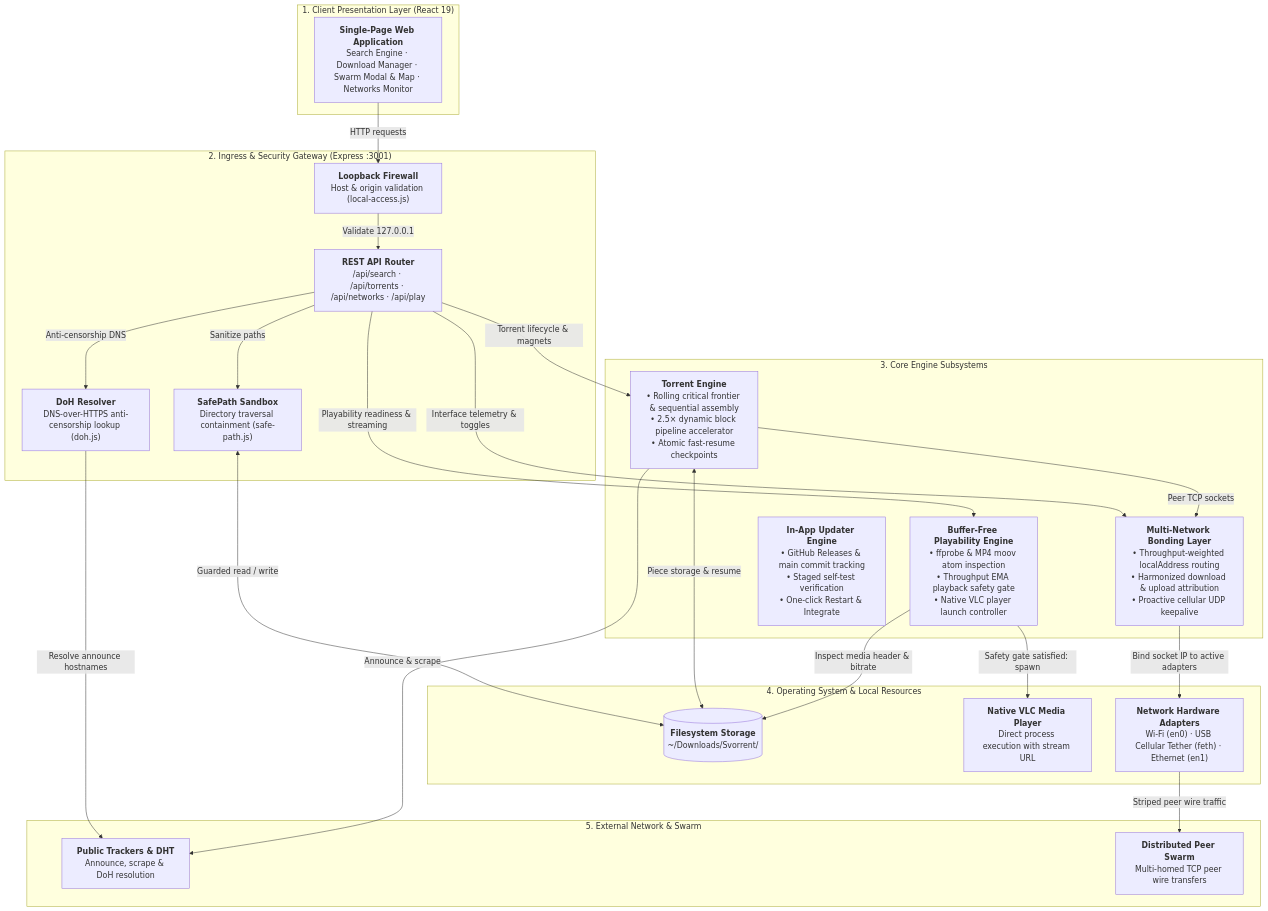
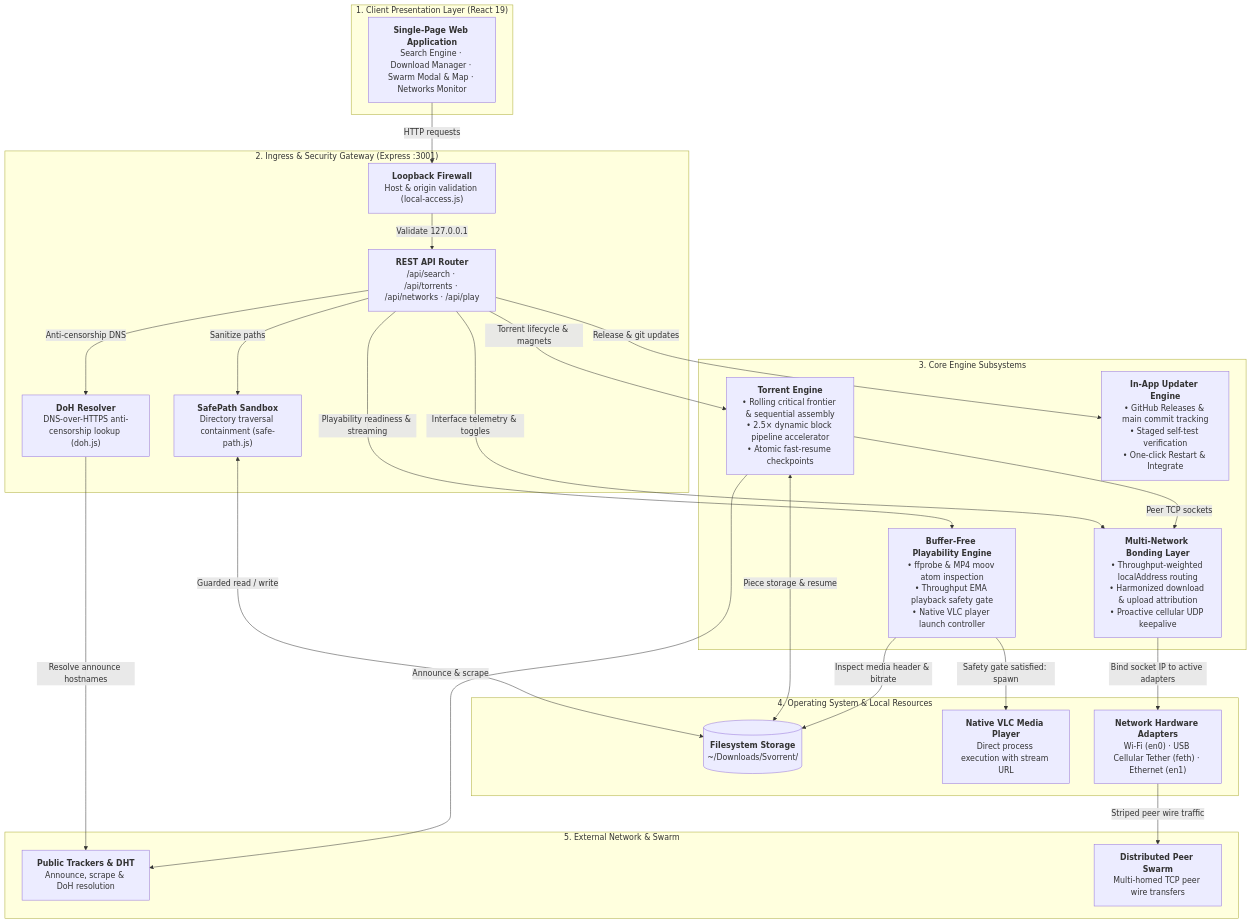
The diagram in README.md (AdhishXD/svorrent), drawn with Mermaid before and after one commit. The commit also changed other lines of this file, not shown here.

Commit message:
docs: sync architecture tree and system diagram connections (#53)

````diff
--- a/README.md
+++ b/README.md
@@ -210,56 +212,57 @@
 ```mermaid
 flowchart TD
     subgraph Client["1. Client Presentation Layer (React 19)"]
         UI["<b>Single-Page Web Application</b><br/>Search Engine · Download Manager · Swarm Modal & Map · Networks Monitor"]
     end
 
     subgraph Gateway["2. Ingress & Security Gateway (Express :3001)"]
         Firewall["<b>Loopback Firewall</b><br/>Host & origin validation (local-access.js)"]
         API["<b>REST API Router</b><br/>/api/search · /api/torrents · /api/networks · /api/play"]
         SafePath["<b>SafePath Sandbox</b><br/>Directory traversal containment (safe-path.js)"]
         DoH["<b>DoH Resolver</b><br/>DNS-over-HTTPS anti-censorship lookup (doh.js)"]
 
         Firewall -->|Validate 127.0.0.1| API
         API -->|Sanitize paths| SafePath
         API -->|Anti-censorship DNS| DoH
     end
 
     subgraph Core["3. Core Engine Subsystems"]
         WT["<b>Torrent Engine</b><br/>• Rolling critical frontier & sequential assembly<br/>• 2.5× dynamic block pipeline accelerator<br/>• Atomic fast-resume checkpoints"]
         Play["<b>Buffer-Free Playability Engine</b><br/>• ffprobe & MP4 moov atom inspection<br/>• Throughput EMA playback safety gate<br/>• Native VLC player launch controller"]
         Bond["<b>Multi-Network Bonding Layer</b><br/>• Throughput-weighted localAddress routing<br/>• Harmonized download & upload attribution<br/>• Proactive cellular UDP keepalive"]
         Updater["<b>In-App Updater Engine</b><br/>• GitHub Releases & main commit tracking<br/>• Staged self-test verification<br/>• One-click Restart & Integrate"]
     end
 
     subgraph OS["4. Operating System & Local Resources"]
         Disk[("<b>Filesystem Storage</b><br/>~/Downloads/Svorrent/")]
         VLC["<b>Native VLC Media Player</b><br/>Direct process execution with stream URL"]
         Nets["<b>Network Hardware Adapters</b><br/>Wi-Fi (en0) · USB Cellular Tether (feth) · Ethernet (en1)"]
     end
 
     subgraph External["5. External Network & Swarm"]
         Trackers["<b>Public Trackers & DHT</b><br/>Announce, scrape & DoH resolution"]
         Peers["<b>Distributed Peer Swarm</b><br/>Multi-homed TCP peer wire transfers"]
     end
 
     %% Inbound flow
     UI -->|HTTP requests| Firewall
 
     %% Gateway dispatches to engines
     API -->|Torrent lifecycle & magnets| WT
     API -->|Playability readiness & streaming| Play
     API -->|Interface telemetry & toggles| Bond
+    API -->|Release & git updates| Updater
 
     %% Engines interactions with local resources
     SafePath <-->|Guarded read / write| Disk
     WT <-->|Piece storage & resume| Disk
     Play -->|Inspect media header & bitrate| Disk
     Play -->|Safety gate satisfied: spawn| VLC
     WT -->|Peer TCP sockets| Bond
     Bond -->|Bind socket IP to active adapters| Nets
 
     %% External connectivity
     DoH -->|Resolve announce hostnames| Trackers
     WT -->|Announce & scrape| Trackers
     Nets -->|Striped peer wire traffic| Peers
 ```
````
